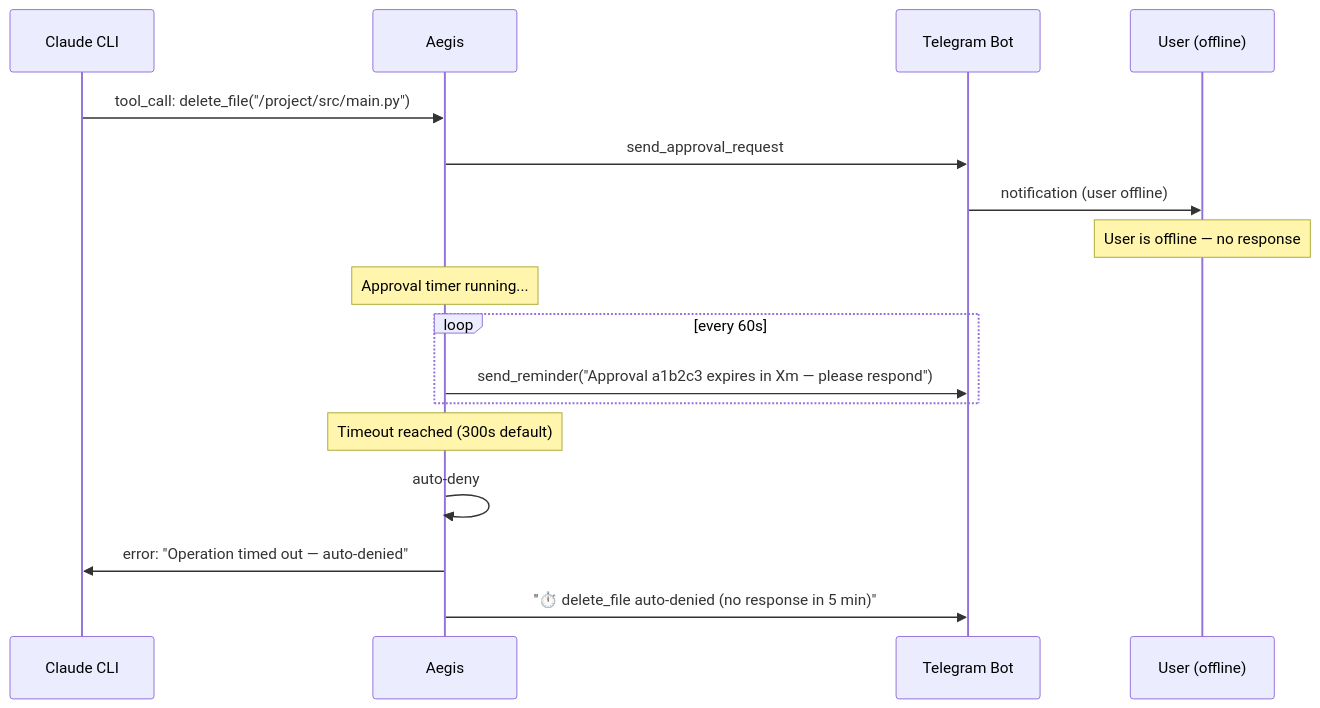
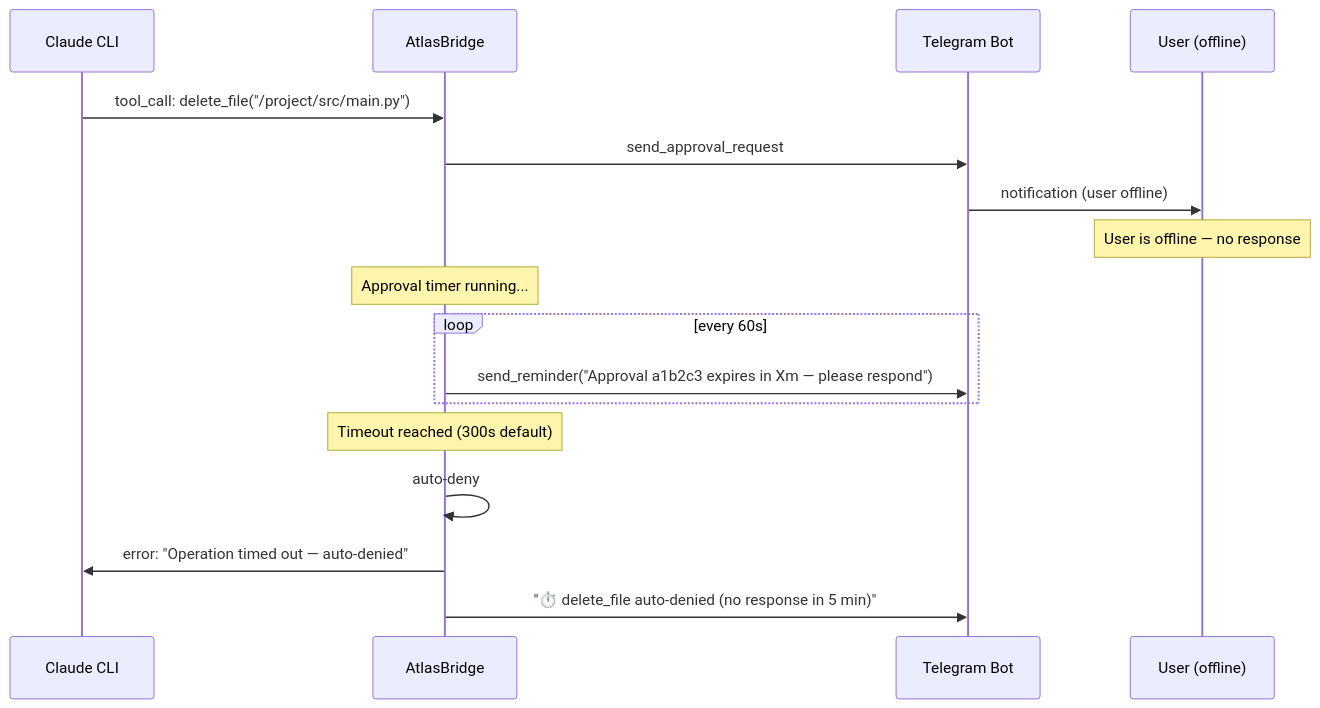
Before and after one commit to abdulraoufatia/aegis-cli: the eighth of 8 diagrams in docs/tool-interception-design.md, drawn with Mermaid. The commit also changed other lines of this file and 171 other files, not shown here.

First line of the commit message:
chore: rename project Aegis → AtlasBridge

````diff
--- a/docs/tool-interception-design.md
+++ b/docs/tool-interception-design.md
@@ -325,23 +325,23 @@
 ```mermaid
 sequenceDiagram
     participant C as Claude CLI
-    participant A as Aegis
+    participant A as AtlasBridge
     participant T as Telegram Bot
     participant U as User (offline)
 
     C->>A: tool_call: delete_file("/project/src/main.py")
     A->>T: send_approval_request
     T->>U: notification (user offline)
 
     Note over U: User is offline — no response
     Note over A: Approval timer running...
 
     loop every 60s
         A->>T: send_reminder("Approval a1b2c3 expires in Xm — please respond")
     end
 
     Note over A: Timeout reached (300s default)
     A->>A: auto-deny
     A->>C: error: "Operation timed out — auto-denied"
     A->>T: "⏱️ delete_file auto-denied (no response in 5 min)"
 ```
````
